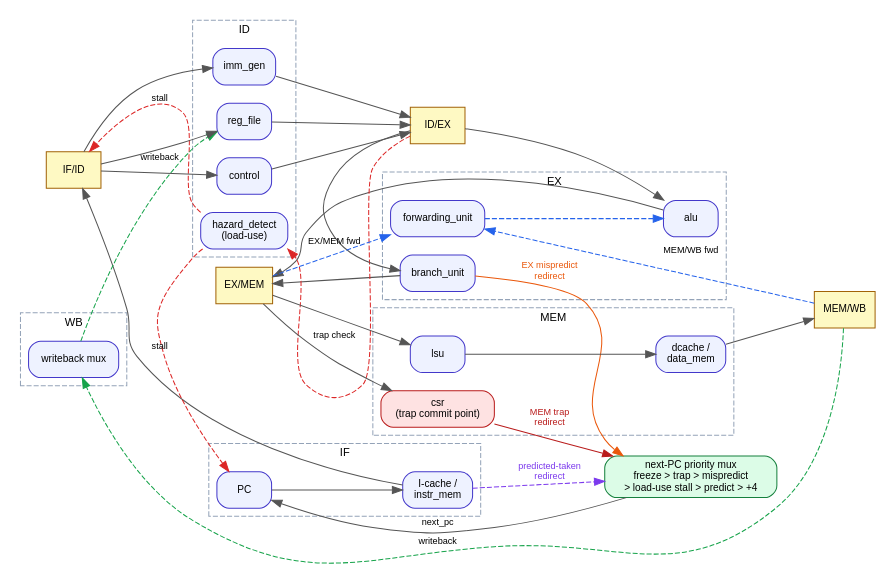
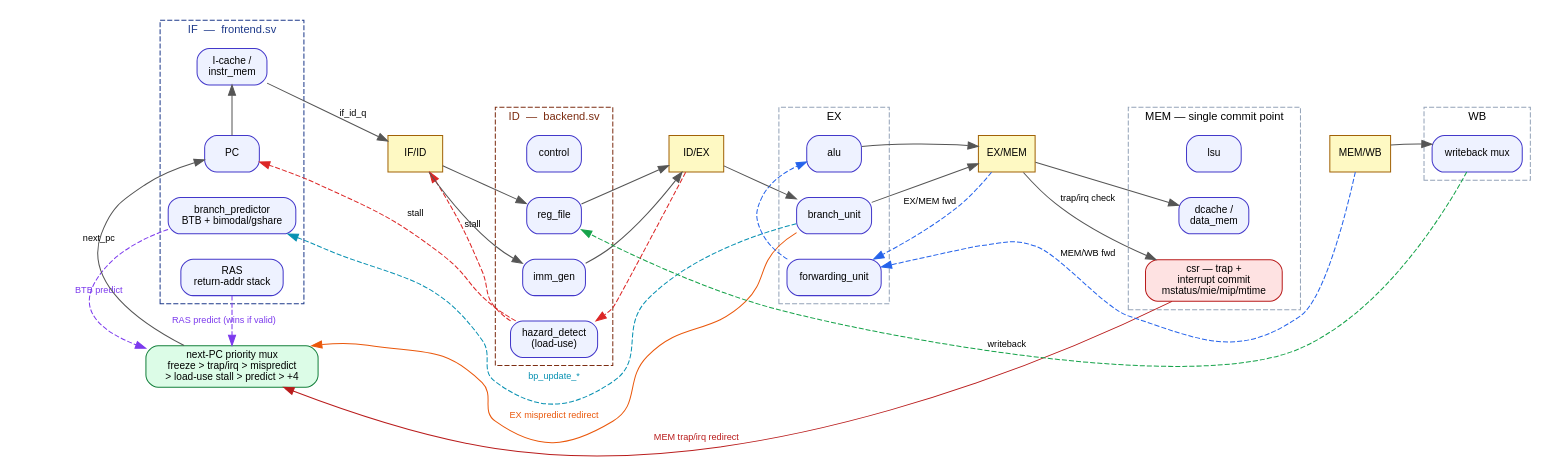
One commit to HuyHuy-bit/5-stage-pipeline-rv32i-datapath changed the diagram in docs/datapath.dot. Above: the diagram before and after it, drawn with Graphviz. The commit also changed 3 other files, not shown here.

Commit message:
Redraw the datapath diagram and bring docs up to date with interrupts, RAS/gshare, lockstep, and the timing pass

```diff
--- a/docs/datapath.dot
+++ b/docs/datapath.dot
@@ -1,68 +1,95 @@
 digraph datapath {
     rankdir=LR;
-    graph [fontname="Helvetica", fontsize=11, bgcolor="white"];
+    graph [fontname="Helvetica", fontsize=11, bgcolor="white", nodesep=0.35, ranksep=0.55];
     node  [fontname="Helvetica", fontsize=10, shape=box, style="rounded,filled", fillcolor="#eef2ff", color="#4338ca"];
     edge  [fontname="Helvetica", fontsize=9, color="#555555"];
 
+    // Stage clusters. IF is frontend.sv end to end; ID/EX/MEM/WB are all
+    // inside backend.sv - if_id_q (the IF/ID register) is the one signal
+    // that crosses that module boundary.
     subgraph cluster_if {
-        label="IF"; style=dashed; color="#94a3b8";
-        pc [label="PC"];
+        label="IF  —  frontend.sv"; style=dashed; color="#1e3a8a"; fontcolor="#1e3a8a";
+        pc     [label="PC"];
         icache [label="I-cache /\ninstr_mem"];
-        pc -> icache;
+        bpred  [label="branch_predictor\nBTB + bimodal/gshare"];
+        ras    [label="RAS\nreturn-addr stack"];
+        {rank=same; pc; icache;}
+        {rank=same; bpred; ras;}
     }
     subgraph cluster_id {
-        label="ID"; style=dashed; color="#94a3b8";
+        label="ID  —  backend.sv"; style=dashed; color="#7c2d12"; fontcolor="#7c2d12";
         control [label="control"];
         regfile [label="reg_file"];
         immgen  [label="imm_gen"];
         hazard  [label="hazard_detect\n(load-use)"];
     }
     subgraph cluster_ex {
         label="EX"; style=dashed; color="#94a3b8";
         alu    [label="alu"];
         bunit  [label="branch_unit"];
         fwd    [label="forwarding_unit"];
     }
     subgraph cluster_mem {
-        label="MEM"; style=dashed; color="#94a3b8";
+        label="MEM — single commit point"; style=dashed; color="#94a3b8";
         lsu    [label="lsu"];
         dcache [label="dcache /\ndata_mem"];
-        csr    [label="csr\n(trap commit point)", fillcolor="#fee2e2", color="#b91c1c"];
+        csr    [label="csr — trap +\ninterrupt commit\nmstatus/mie/mip/mtime",
+                 fillcolor="#fee2e2", color="#b91c1c"];
     }
     subgraph cluster_wb {
         label="WB"; style=dashed; color="#94a3b8";
         wbmux  [label="writeback mux"];
     }
 
     ifid  [label="IF/ID", shape=box, style=filled, fillcolor="#fef9c3", color="#a16207"];
     idex  [label="ID/EX", shape=box, style=filled, fillcolor="#fef9c3", color="#a16207"];
     exmem [label="EX/MEM", shape=box, style=filled, fillcolor="#fef9c3", color="#a16207"];
     memwb [label="MEM/WB", shape=box, style=filled, fillcolor="#fef9c3", color="#a16207"];
 
-    icache -> ifid -> control;
-    ifid -> regfile; ifid -> immgen;
-    control -> idex; regfile -> idex; immgen -> idex;
-    idex -> alu; idex -> bunit;
-    alu -> exmem; bunit -> exmem;
-    exmem -> lsu -> dcache -> memwb;
-    exmem -> csr [label="trap check"];
-    memwb -> wbmux -> regfile [label="writeback", style=dashed, color="#16a34a", constraint=false];
+    // Invisible backbone: forces the five stages to lay out strictly
+    // left-to-right in pipeline order, regardless of how the feedback edges
+    // below (forwarding, hazard, redirects) would otherwise pull the rank
+    // assignment around. This is the fix for the tangled, IF-ends-up-at-
+    // the-bottom layout the diagram had before.
+    edge [style=invis];
+    pc -> ifid -> control -> idex -> alu -> exmem -> lsu -> memwb -> wbmux;
+    edge [style=solid];
 
-    // forwarding paths
-    exmem -> fwd [style=dashed, color="#2563eb", label="EX/MEM fwd"];
-    memwb -> fwd [style=dashed, color="#2563eb", label="MEM/WB fwd"];
-    fwd -> alu [style=dashed, color="#2563eb"];
+    // ---- main pipeline flow ----
+    pc -> icache;
+    icache -> ifid [label="if_id_q", constraint=false];
+    ifid -> regfile [constraint=false]; ifid -> immgen [constraint=false];
+    regfile -> idex [constraint=false]; immgen -> idex [constraint=false];
+    idex -> bunit [constraint=false];
+    bunit -> exmem [constraint=false]; alu -> exmem [constraint=false];
+    exmem -> dcache [constraint=false];
+    exmem -> csr [label="trap/irq check", constraint=false];
+    memwb -> wbmux [constraint=false];
+    wbmux -> regfile [label="writeback", style=dashed, color="#16a34a", constraint=false];
 
-    // hazard / stall
+    // ---- forwarding (detail, doesn't drive rank) ----
+    exmem -> fwd [style=dashed, color="#2563eb", label="EX/MEM fwd", constraint=false];
+    memwb -> fwd [style=dashed, color="#2563eb", label="MEM/WB fwd", constraint=false];
+    fwd -> alu [style=dashed, color="#2563eb", constraint=false];
+
+    // ---- hazard / stall ----
     idex -> hazard [style=dashed, color="#dc2626", constraint=false];
     hazard -> ifid [label="stall", style=dashed, color="#dc2626", constraint=false];
     hazard -> pc [label="stall", style=dashed, color="#dc2626", constraint=false];
 
-    // redirects back to PC, priority annotated
-    predmux [label="next-PC priority mux\nfreeze > trap > mispredict\n> load-use stall > predict > +4",
+    // ---- predictor training ----
+    // EX resolves a branch/jump and hands the outcome back to the front
+    // end's tables (bp_update_*). Calls/returns push/pop the RAS straight
+    // from instr_if at fetch time instead (not shown) - it doesn't wait for
+    // EX resolution the way BTB training does.
+    bunit -> bpred [label="bp_update_*", color="#0891b2", fontcolor="#0891b2", style=dashed, constraint=false];
+
+    // ---- redirects back to PC, priority annotated on the mux ----
+    predmux [label="next-PC priority mux\nfreeze > trap/irq > mispredict\n> load-use stall > predict > +4",
              shape=box, style="rounded,filled", fillcolor="#dcfce7", color="#15803d"];
-    bunit -> predmux [label="EX mispredict\nredirect", color="#ea580c", fontcolor="#ea580c"];
-    csr   -> predmux [label="MEM trap\nredirect", color="#b91c1c", fontcolor="#b91c1c"];
-    icache -> predmux [label="predicted-taken\nredirect", color="#7c3aed", fontcolor="#7c3aed", style=dashed];
-    predmux -> pc [label="next_pc"];
+    bunit  -> predmux [label="EX mispredict redirect", color="#ea580c", fontcolor="#ea580c", constraint=false];
+    csr    -> predmux [label="MEM trap/irq redirect", color="#b91c1c", fontcolor="#b91c1c", constraint=false];
+    bpred  -> predmux [label="BTB predict", color="#7c3aed", fontcolor="#7c3aed", style=dashed, constraint=false];
+    ras    -> predmux [label="RAS predict (wins if valid)", color="#7c3aed", fontcolor="#7c3aed", style=dashed, constraint=false];
+    predmux -> pc [label="next_pc", constraint=false];
 }
```
